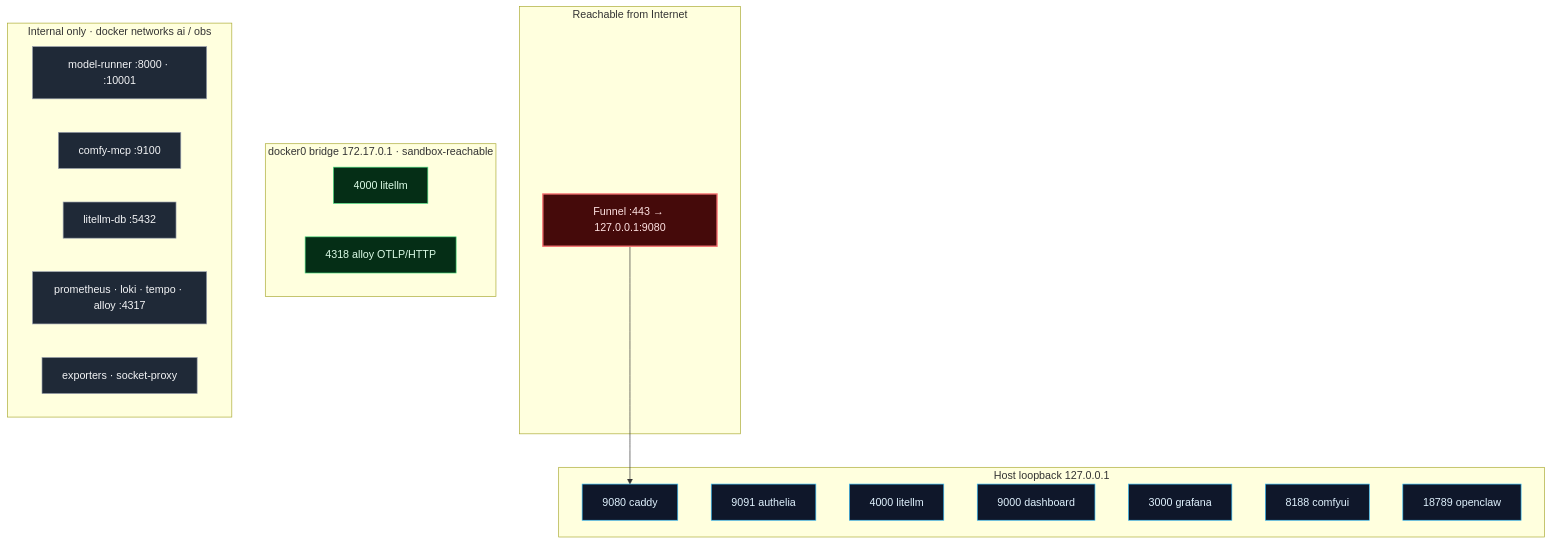
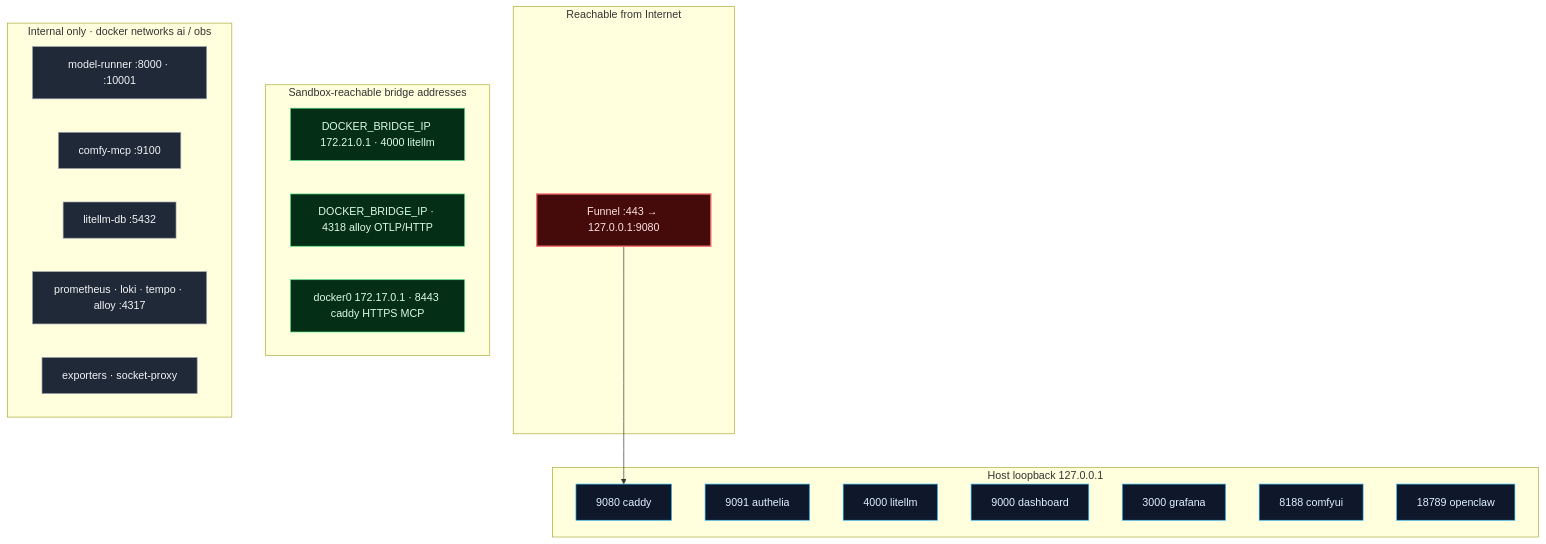
The sixth of 15 diagrams in gb10-agent-stack.md (ravikiranvs/gb10-ai-stack), drawn with Mermaid before and after one commit. The commit also changed other lines of this file and 13 other files, not shown here.

````diff
--- a/gb10-agent-stack.md
+++ b/gb10-agent-stack.md
@@ -373,36 +382,37 @@
 ```mermaid
 flowchart TB
     subgraph PUB["Reachable from Internet"]
         FUN["Funnel :443 → 127.0.0.1:9080"]
     end
     subgraph LO["Host loopback 127.0.0.1"]
         L1["9080 caddy"]
         L2["9091 authelia"]
         L3["4000 litellm"]
         L4["9000 dashboard"]
         L5["3000 grafana"]
         L6["8188 comfyui"]
         L7["18789 openclaw"]
     end
-    subgraph BR["docker0 bridge 172.17.0.1 · sandbox-reachable"]
-        B1["4000 litellm"]
-        B3["4318 alloy OTLP/HTTP"]
+    subgraph BR["Sandbox-reachable bridge addresses"]
+        B1["DOCKER_BRIDGE_IP 172.21.0.1 · 4000 litellm"]
+        B3["DOCKER_BRIDGE_IP · 4318 alloy OTLP/HTTP"]
+        B2["docker0 172.17.0.1 · 8443 caddy HTTPS MCP"]
     end
     subgraph INT["Internal only · docker networks ai / obs"]
         I1["model-runner :8000 · :10001"]
         I2["comfy-mcp :9100"]
         I3["litellm-db :5432"]
         I4["prometheus · loki · tempo · alloy :4317"]
         I5["exporters · socket-proxy"]
     end
     FUN --> L1
 
     classDef p fill:#450a0a,stroke:#f87171,color:#fee2e2,stroke-width:2px
     classDef l fill:#0f172a,stroke:#38bdf8,color:#e0f2fe
     classDef b fill:#052e16,stroke:#4ade80,color:#dcfce7
     classDef i fill:#1f2937,stroke:#9ca3af,color:#f3f4f6
     class FUN p
     class L1,L2,L3,L4,L5,L6,L7 l
     class B1,B2,B3 b
     class I1,I2,I3,I4,I5 i
 ```
````
